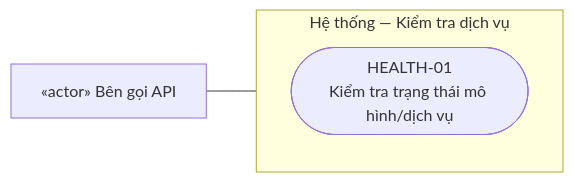
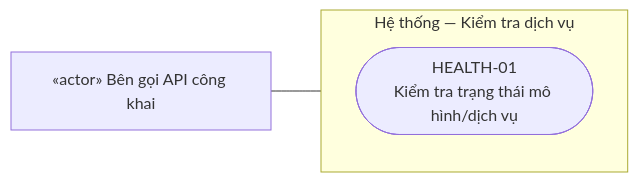
One commit to phantrongnguyen/personalized-learning changed the eighth of 8 diagrams in database/use_case_diagram.md. Above: the diagram before and after it, drawn with Mermaid. The commit also changed other lines of this file and 8 other files, not shown here.

First line of the commit message:
docs(database): refresh schema dictionary and use case diagrams

````diff
--- a/database/use_case_diagram.md
+++ b/database/use_case_diagram.md
@@ -261,9 +276,9 @@
 ```mermaid
 flowchart LR
-    A["«actor» Bên gọi API"]
+    A["«actor» Bên gọi API công khai"]
     subgraph SYS["Hệ thống — Kiểm tra dịch vụ"]
         direction TB
         U1(["HEALTH-01<br/>Kiểm tra trạng thái mô hình/dịch vụ"])
     end
     A --- U1
 ```
````
